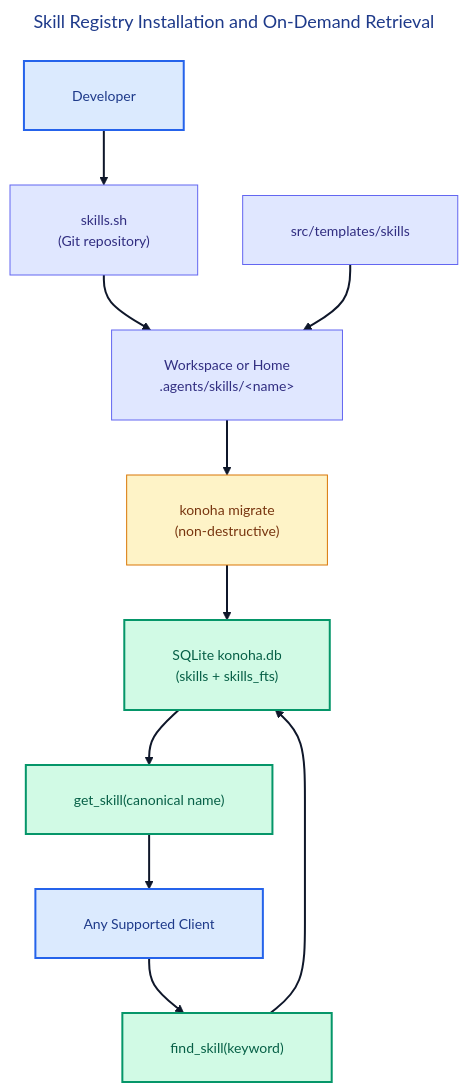
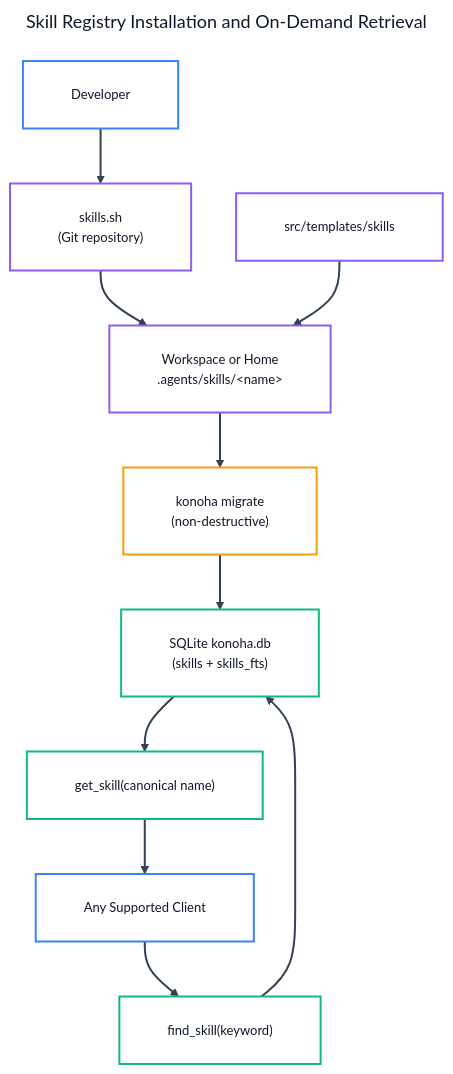
One commit to andycungkrinx91/konoha changed the diagram in docs/ADDING-SKILLS.md. Above: the diagram before and after it, drawn with Mermaid. The commit also changed 107 other files, not shown here.

````diff
--- a/docs/ADDING-SKILLS.md
+++ b/docs/ADDING-SKILLS.md
@@ -13,44 +13,46 @@
 ```mermaid
 ---
 title: Skill Registry Installation and On-Demand Retrieval
 config:
   theme: base
   themeVariables:
+    darkMode: false
     background: '#ffffff'
     mainBkg: '#ffffff'
-    primaryColor: '#dbeafe'
-    primaryTextColor: '#1e3a8a'
-    primaryBorderColor: '#2563eb'
-    lineColor: '#0f172a'
-    arrowheadColor: '#0f172a'
-    secondaryColor: '#e0e7ff'
-    tertiaryColor: '#d1fae5'
-    fontFamily: 'Inter, system-ui, sans-serif'
-    fontSize: '14px'
+    primaryColor: '#ffffff'
+    primaryTextColor: '#0f172a'
+    primaryBorderColor: '#3b82f6'
+    lineColor: '#334155'
+    arrowheadColor: '#334155'
+    secondaryColor: '#f8fafc'
+    tertiaryColor: '#ffffff'
+    fontFamily: 'Inter, system-ui, -apple-system, sans-serif'
+    fontSize: '13px'
   flowchart:
     nodeSpacing: 45
     rankSpacing: 55
     padding: 24
     wrappingWidth: 380
 ---
 flowchart TB
     Developer["Developer"] --> Registry["skills.sh<br/>(Git repository)"]
     Registry --> Files["Workspace or Home<br/>.agents/skills/&lt;name&gt;"]
     Templates["src/templates/skills"] --> Files
     Files --> Migrate["konoha migrate<br/>(non-destructive)"]
     Migrate --> DB["SQLite konoha.db<br/>(skills + skills_fts)"]
     Client["Any Supported Client"] --> Find["find_skill(keyword)"]
     Find --> DB
     DB --> Get["get_skill(canonical name)"]
     Get --> Client
 
-    linkStyle default stroke:#0f172a,stroke-width:2px;
-    classDef actor fill:#dbeafe,stroke:#2563eb,color:#1e3a8a,stroke-width:2px
-    classDef source fill:#e0e7ff,stroke:#6366f1,color:#312e81
-    classDef process fill:#fef3c7,stroke:#d97706,color:#78350f
-    classDef runtime fill:#d1fae5,stroke:#059669,color:#065f46,stroke-width:2px
-    class Developer,Client actor
-    class Registry,Files,Templates source
-    class Migrate process
-    class DB,Find,Get runtime
+    linkStyle default stroke:#334155,stroke-width:2px;
+    classDef actorNode fill:#ffffff,stroke:#3b82f6,color:#0f172a,stroke-width:2px;
+    classDef sourceNode fill:#ffffff,stroke:#8b5cf6,color:#0f172a,stroke-width:2px;
+    classDef processNode fill:#ffffff,stroke:#f59e0b,color:#0f172a,stroke-width:2px;
+    classDef runtimeNode fill:#ffffff,stroke:#10b981,color:#0f172a,stroke-width:2px;
+
+    class Developer,Client actorNode;
+    class Registry,Files,Templates sourceNode;
+    class Migrate processNode;
+    class DB,Find,Get runtimeNode;
 ```
````
